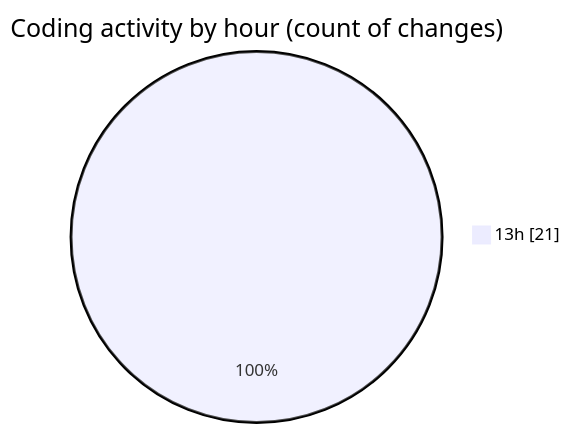
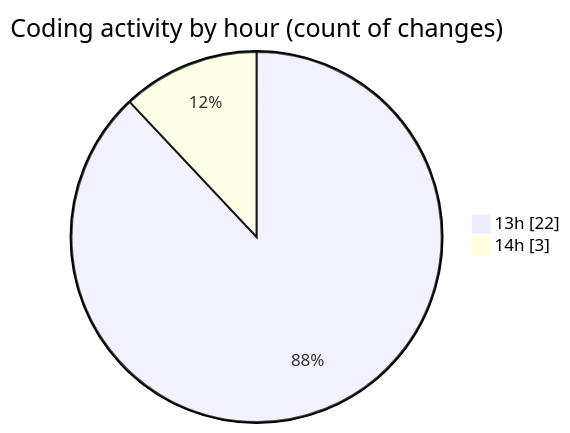
Before and after one commit to donsfak/code-tracking: the second of 2 diagrams in 2025-02-24/drivers_app/README.md, drawn with Mermaid. The commit also changed other lines of this file and 1 other file, not shown here.

````diff
--- a/2025-02-24/drivers_app/README.md
+++ b/2025-02-24/drivers_app/README.md
@@ -34,5 +34,6 @@
 ```mermaid
 pie showData
 title Coding activity by hour (count of changes)
-"13h" : 21
+"13h" : 22
+"14h" : 3
 ```
````
